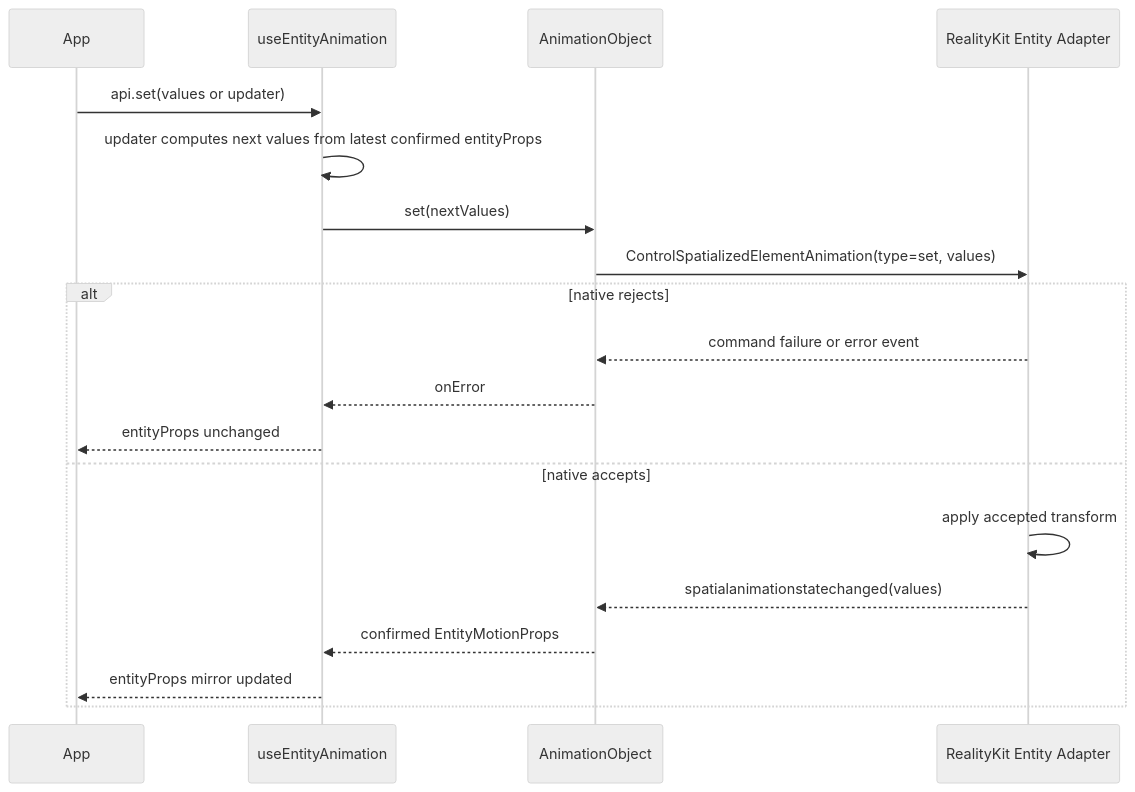
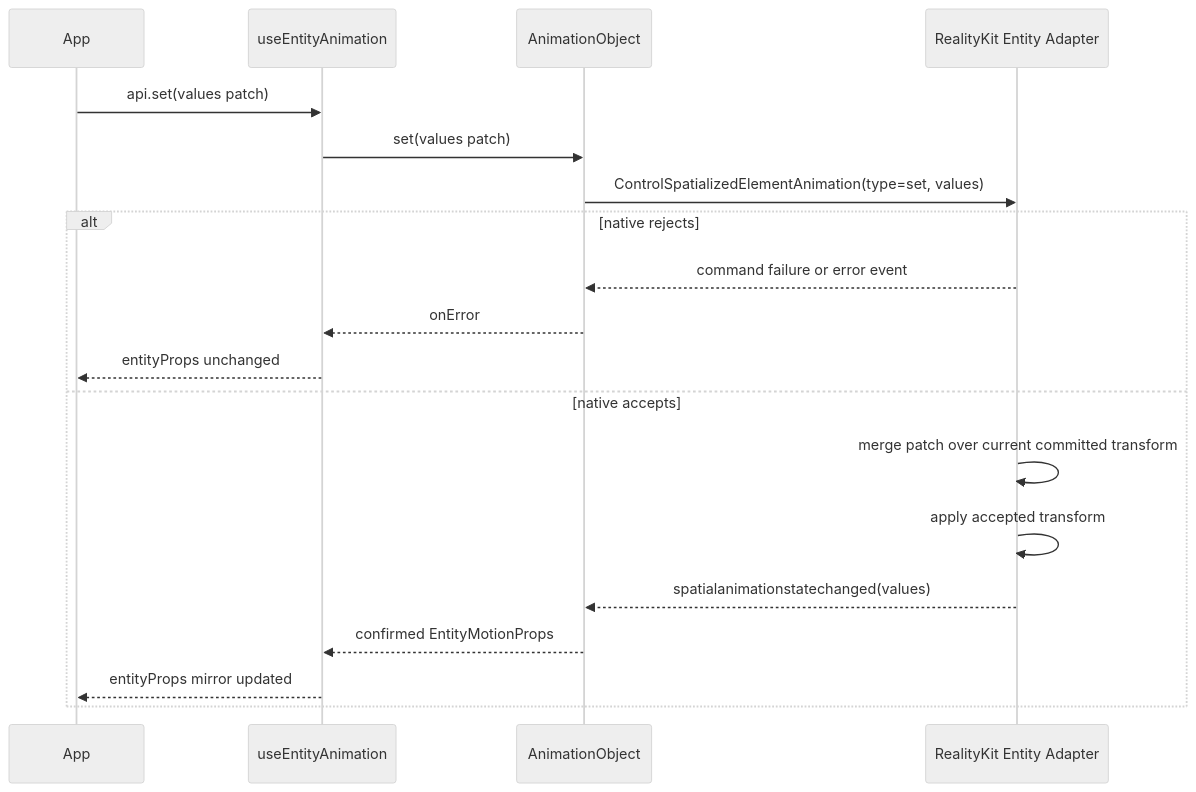
One commit to webspatial/webspatial-sdk changed the third of 5 diagrams in openspec/changes/redesign-entity-motion-api/design.md. Above: the diagram before and after it, drawn with Mermaid (neutral theme). The commit also changed other lines of this file and 7 other files, not shown here.

Commit message:
remove api.set(pre=> newState)

````diff
--- a/openspec/changes/redesign-entity-motion-api/design.md
+++ b/openspec/changes/redesign-entity-motion-api/design.md
@@ -244,22 +244,22 @@
 ```mermaid
 sequenceDiagram
     participant App
     participant Hook as useEntityAnimation
     participant Obj as AnimationObject
     participant Native as RealityKit Entity Adapter
 
-    App->>Hook: api.set(values or updater)
-    Hook->>Hook: updater computes next values from latest confirmed entityProps
-    Hook->>Obj: set(nextValues)
+    App->>Hook: api.set(values patch)
+    Hook->>Obj: set(values patch)
     Obj->>Native: ControlSpatializedElementAnimation(type=set, values)
     alt native rejects
         Native-->>Obj: command failure or error event
         Obj-->>Hook: onError
         Hook-->>App: entityProps unchanged
     else native accepts
+        Native->>Native: merge patch over current committed transform
         Native->>Native: apply accepted transform
         Native-->>Obj: spatialanimationstatechanged(values)
         Obj-->>Hook: confirmed EntityMotionProps
         Hook-->>App: entityProps mirror updated
     end
 ```
````
